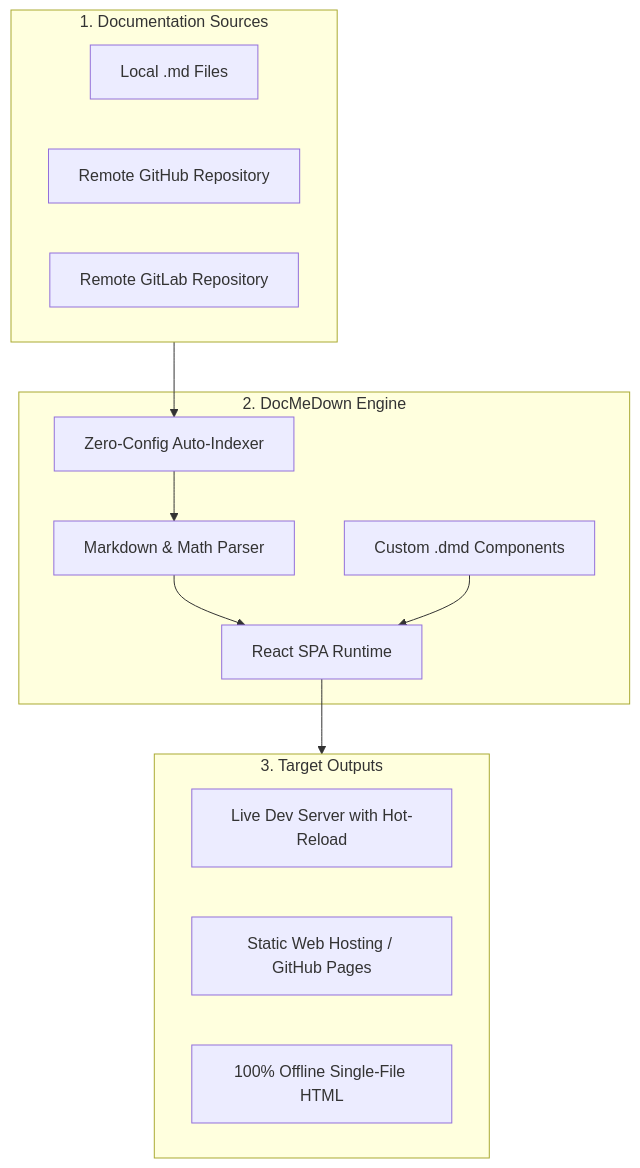
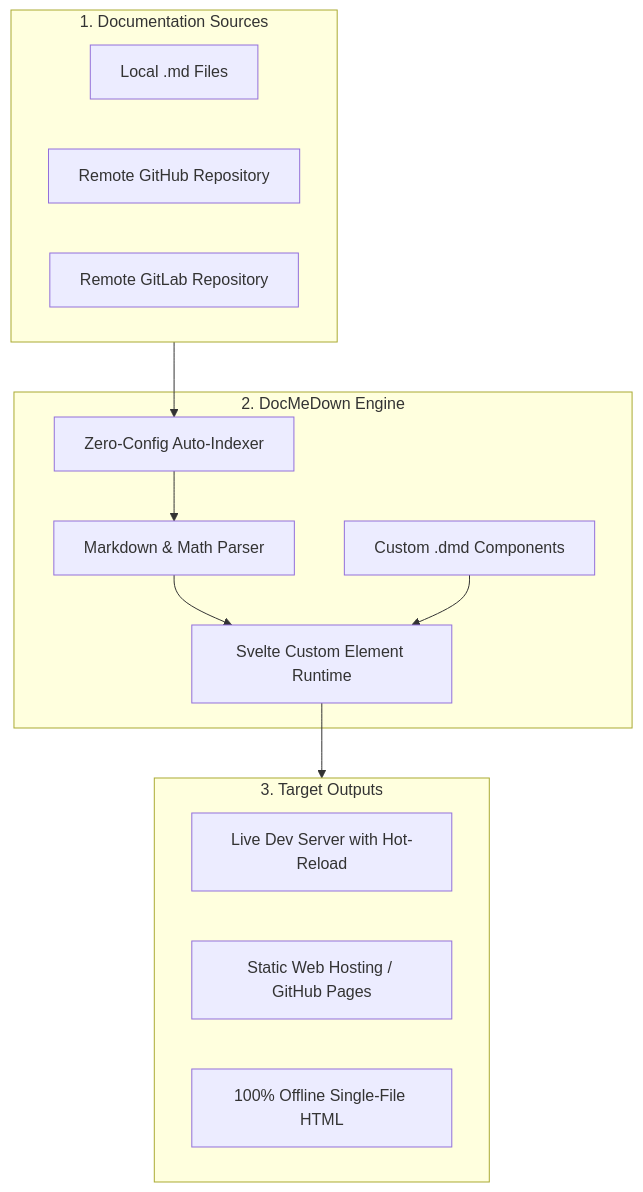
Before and after one commit to gabrielmsilva00/docmedown: the diagram in docs/README.md, drawn with Mermaid. The commit also changed other lines of this file and 121 other files, not shown here.

````diff
--- a/docs/README.md
+++ b/docs/README.md
@@ -20,27 +20,27 @@
 ```mermaid
 graph TD
     subgraph Sources ["1. Documentation Sources"]
         A[Local .md Files]
         B[Remote GitHub Repository]
         C[Remote GitLab Repository]
     end
 
     subgraph DocMeDown ["2. DocMeDown Engine"]
         D[Zero-Config Auto-Indexer]
         E[Markdown & Math Parser]
-        F[React SPA Runtime]
+        F[Svelte Custom Element Runtime]
         G[Custom .dmd Components]
     end
 
     subgraph Output ["3. Target Outputs"]
         H[Live Dev Server with Hot-Reload]
         I[Static Web Hosting / GitHub Pages]
         J[100% Offline Single-File HTML]
     end
 
     Sources --> D
     D --> E
     E --> F
     G --> F
     F --> Output
 ```
````
